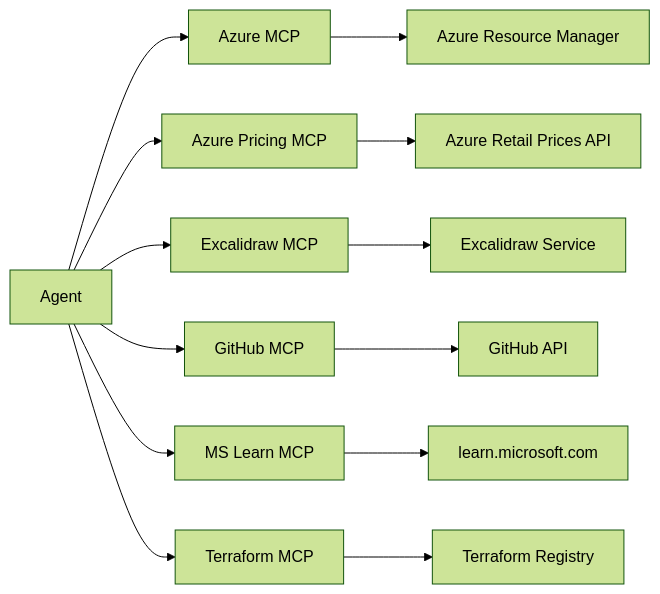
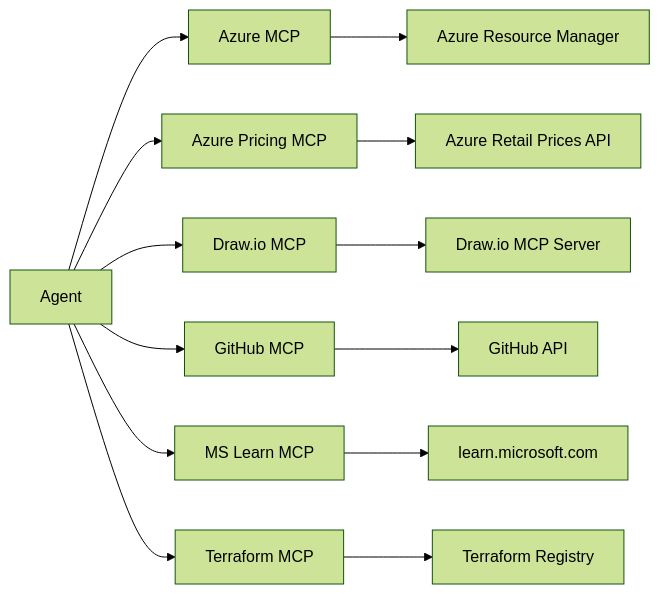
One commit to jonathan-vella/apex changed the diagram in site/src/content/docs/concepts/how-it-works/mcp-integration.md. Above: the diagram before and after it, drawn with Mermaid (forest theme). The commit also changed other lines of this file and 1777 other files, not shown here.

First line of the commit message:
feat(diagrams): migrate architecture diagrams from Excalidraw to Draw.io (#282)

````diff
--- a/site/src/content/docs/concepts/how-it-works/mcp-integration.md
+++ b/site/src/content/docs/concepts/how-it-works/mcp-integration.md
@@ -23,16 +23,16 @@
 ```mermaid
 flowchart LR
 
   A["Agent"]:::agent --> M1["Azure MCP"]:::mcp
   A --> M2["Azure Pricing MCP"]:::mcp
-  A --> M3["Excalidraw MCP"]:::mcp
+  A --> M3["Draw.io MCP"]:::mcp
   A --> M4["GitHub MCP"]:::mcp
   A --> M5["MS Learn MCP"]:::mcp
   A --> M6["Terraform MCP"]:::mcp
   M1 --> AZ["Azure Resource Manager"]
   M2 --> P["Azure Retail Prices API"]
-  M3 --> E["Excalidraw Service"]
+  M3 --> D["Draw.io MCP Server"]
   M4 --> G["GitHub API"]
   M5 --> L["learn.microsoft.com"]
   M6 --> T["Terraform Registry"]
 ```
````
